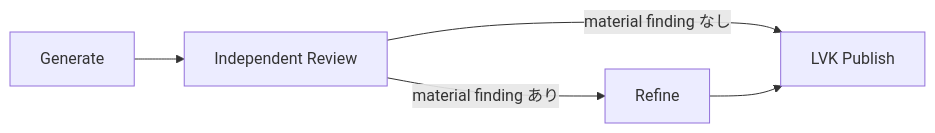
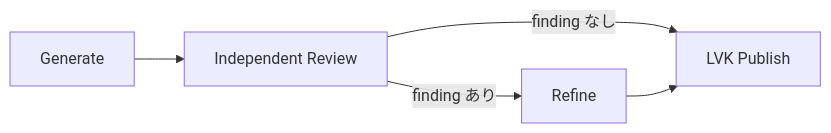
One commit to nagisasaka/lucky-vibe-kanban changed the diagram in openwiki/operations/openwiki-maintenance.md. Above: the diagram before and after it, drawn with Mermaid. The commit also changed other lines of this file and 7 other files, not shown here.

````diff
--- a/openwiki/operations/openwiki-maintenance.md
+++ b/openwiki/operations/openwiki-maintenance.md
@@ -224,7 +222,7 @@
 ```mermaid
 flowchart LR
   G[Generate] --> R[Independent Review]
-  R -->|material finding なし| P[LVK Publish]
-  R -->|material finding あり| F[Refine]
+  R -->|finding なし| P[LVK Publish]
+  R -->|finding あり| F[Refine]
   F --> P
 ```
````
